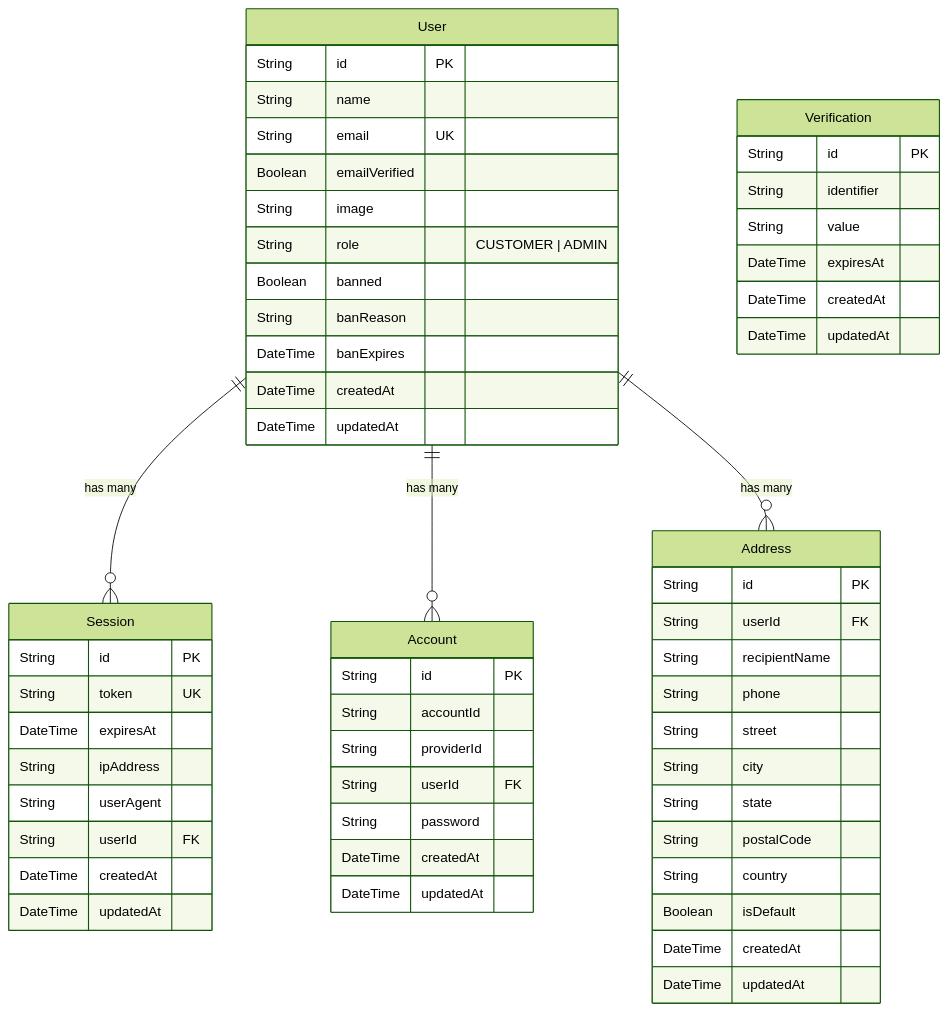
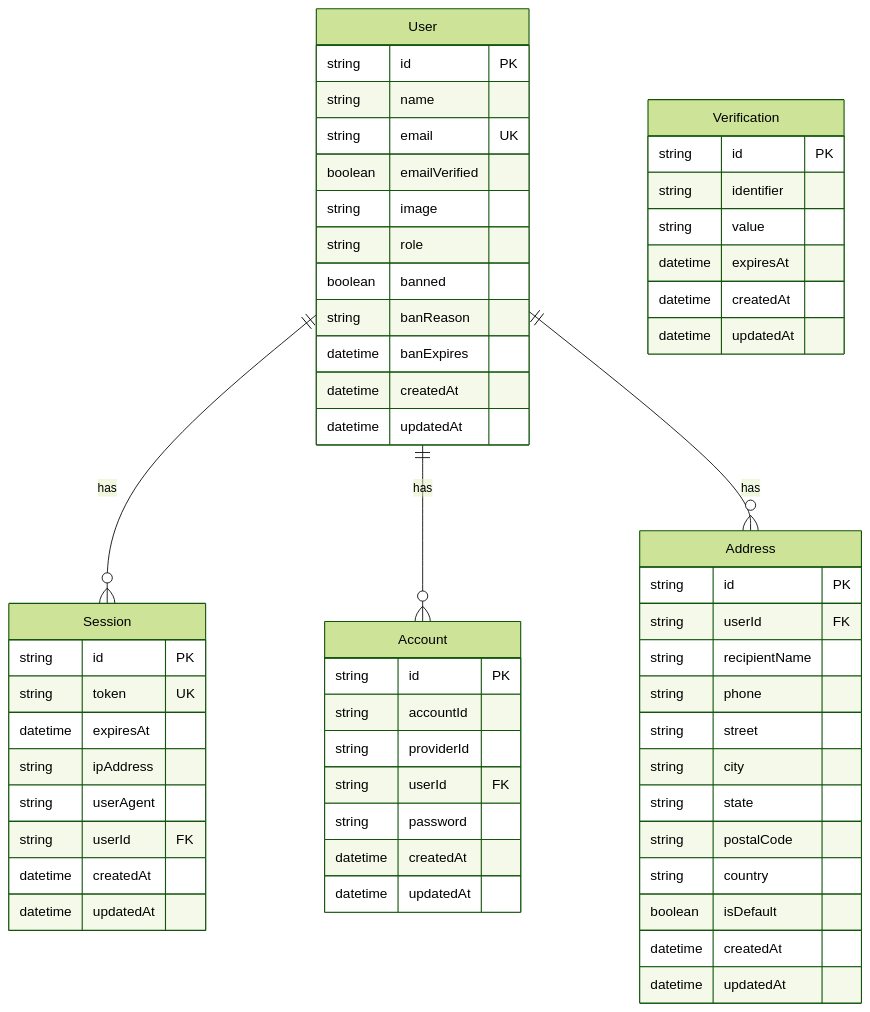
Before and after one commit to yousefdawood7/rootline-backend-nest: the second of 2 diagrams in README.md, drawn with Mermaid (forest theme). The commit also changed other lines of this file, not shown here.

````diff
--- a/README.md
+++ b/README.md
@@ -132,65 +190,65 @@
 ```mermaid
 erDiagram
-    User ||--o{ Session : "has many"
-    User ||--o{ Account : "has many"
-    User ||--o{ Address : "has many"
+    User ||--o{ Session : has
+    User ||--o{ Account : has
+    User ||--o{ Address : has
 
     User {
-        String id PK
-        String name
-        String email UK
-        Boolean emailVerified
-        String image
-        String role "CUSTOMER | ADMIN"
-        Boolean banned
-        String banReason
-        DateTime banExpires
-        DateTime createdAt
-        DateTime updatedAt
+        string id PK
+        string name
+        string email UK
+        boolean emailVerified
+        string image
+        string role
+        boolean banned
+        string banReason
+        datetime banExpires
+        datetime createdAt
+        datetime updatedAt
     }
 
     Session {
-        String id PK
-        String token UK
-        DateTime expiresAt
-        String ipAddress
-        String userAgent
-        String userId FK
-        DateTime createdAt
-        DateTime updatedAt
+        string id PK
+        string token UK
+        datetime expiresAt
+        string ipAddress
+        string userAgent
+        string userId FK
+        datetime createdAt
+        datetime updatedAt
     }
 
     Account {
-        String id PK
-        String accountId
-        String providerId
-        String userId FK
-        String password
-        DateTime createdAt
-        DateTime updatedAt
+        string id PK
+        string accountId
+        string providerId
+        string userId FK
+        string password
+        datetime createdAt
+        datetime updatedAt
     }
 
     Verification {
-        String id PK
-        String identifier
-        String value
-        DateTime expiresAt
-        DateTime createdAt
-        DateTime updatedAt
+        string id PK
+        string identifier
+        string value
+        datetime expiresAt
+        datetime createdAt
+        datetime updatedAt
     }
 
     Address {
-        String id PK
-        String userId FK
-        String recipientName
-        String phone
-        String street
-        String city
-        String state
-        String postalCode
-        String country
-        Boolean isDefault
-        DateTime createdAt
-        DateTime updatedAt
+        string id PK
+        string userId FK
+        string recipientName
+        string phone
+        string street
+        string city
+        string state
+        string postalCode
+        string country
+        boolean isDefault
+        datetime createdAt
+        datetime updatedAt
     }
 ```
````
